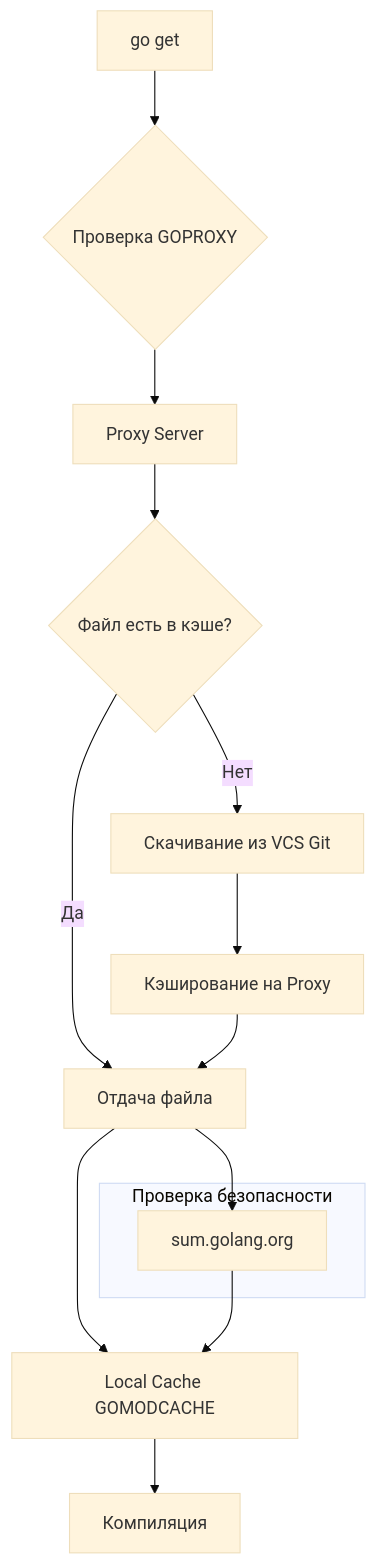
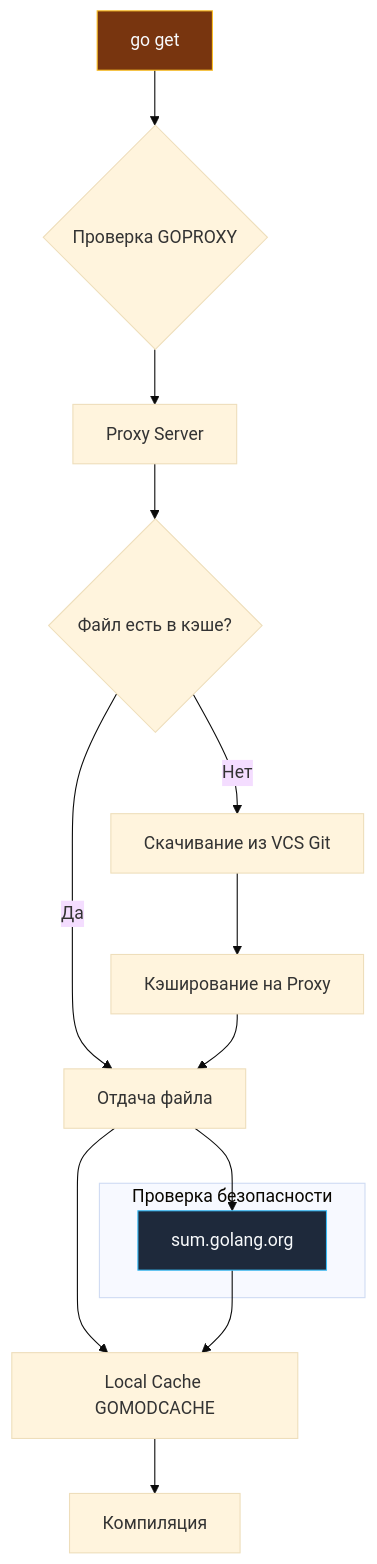
The diagram in sources/8. Инфраструктура языка, Тулинг и CI_CD/16. Go proxy и кеширование зависимостей.md (UnrealTemplier/go-textbook), drawn with Mermaid (base theme) before and after one commit. The commit also changed 1666 other files, not shown here.

First line of the commit message:
feat(mermaid): add semantic color classDef to 1369 colorless flowchart/graph diagrams

````diff
--- a/sources/8. Инфраструктура языка, Тулинг и CI_CD/16. Go proxy и кеширование зависимостей.md
+++ b/sources/8. Инфраструктура языка, Тулинг и CI_CD/16. Go proxy и кеширование зависимостей.md
@@ -31,21 +31,31 @@
 ```mermaid
 flowchart TD
-    A["go get"] --> B{"Проверка GOPROXY"}
+    classDef process  fill:#1e293b,stroke:#38bdf8,stroke-width:1px,color:#f8fafc
+    classDef success  fill:#064e3b,stroke:#34d399,stroke-width:1px,color:#f8fafc
+    classDef error    fill:#7f1d1d,stroke:#f87171,stroke-width:1px,color:#f8fafc
+    classDef warning  fill:#78350f,stroke:#fbbf24,stroke-width:1px,color:#f8fafc
+    classDef entry    fill:#1e3a5f,stroke:#38bdf8,stroke-width:2px,color:#f8fafc
+    classDef aux      fill:#334155,stroke:#64748b,stroke-width:1px,color:#f8fafc
+    classDef system   fill:#312e81,stroke:#a78bfa,stroke-width:1px,color:#f8fafc
+    classDef data     fill:#132d29,stroke:#2dd4bf,stroke-width:1px,color:#f8fafc
+    classDef network  fill:#881337,stroke:#fb7185,stroke-width:1px,color:#f8fafc
+    classDef accent   fill:#1e1b4b,stroke:#818cf8,stroke-width:1px,color:#f8fafc
+    A["go get"]:::warning --> B{"Проверка GOPROXY"}
     B --> C["Proxy Server"]
     
     C --> D{"Файл есть в кэше?"}
     D -- "Да" --> E["Отдача файла"]
     D -- "Нет" --> F["Скачивание из VCS Git"]
     F --> G["Кэширование на Proxy"]
     G --> E
     
     E --> H["Local Cache GOMODCACHE"]
     H --> I["Компиляция"]
     
     subgraph Security ["Проверка безопасности"]
-        J["sum.golang.org"]
+        J["sum.golang.org"]:::process
     end
     
     E --> J
     J --> H
 ```
````
